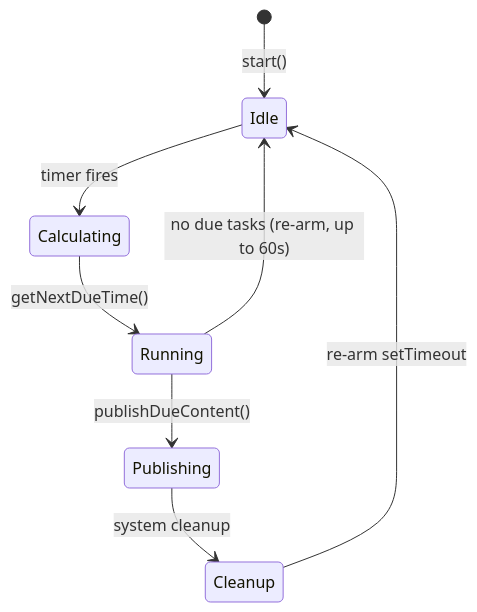
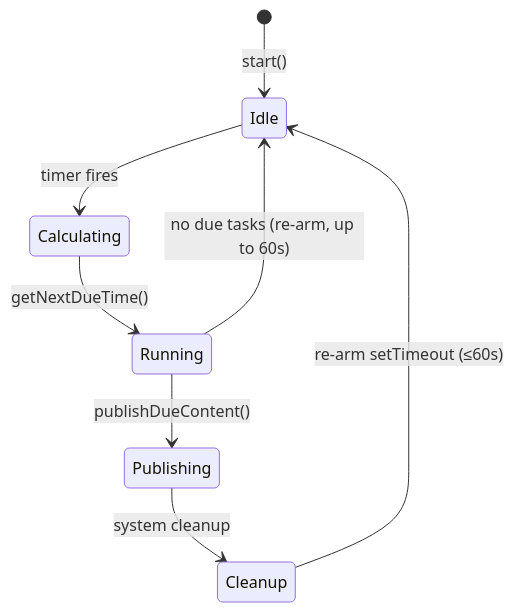
Before and after one commit to ahliweb/awcms-micro: the fifth of 5 diagrams in awcmsmicro-dev/docs/awcms-micro/scheduled-publishing.md, drawn with Mermaid. The commit also changed other lines of this file and 273 other files, not shown here.

````diff
--- a/awcmsmicro-dev/docs/awcms-micro/scheduled-publishing.md
+++ b/awcmsmicro-dev/docs/awcms-micro/scheduled-publishing.md
@@ -111,10 +154,10 @@
 ```mermaid
 stateDiagram-v2
     [*] --> Idle: start()
     Idle --> Calculating: timer fires
     Calculating --> Running: getNextDueTime()
     Running --> Publishing: publishDueContent()
     Publishing --> Cleanup: system cleanup
-    Cleanup --> Idle: re-arm setTimeout
+    Cleanup --> Idle: re-arm setTimeout (≤60s)
     Running --> Idle: no due tasks (re-arm, up to 60s)
 ```
````
